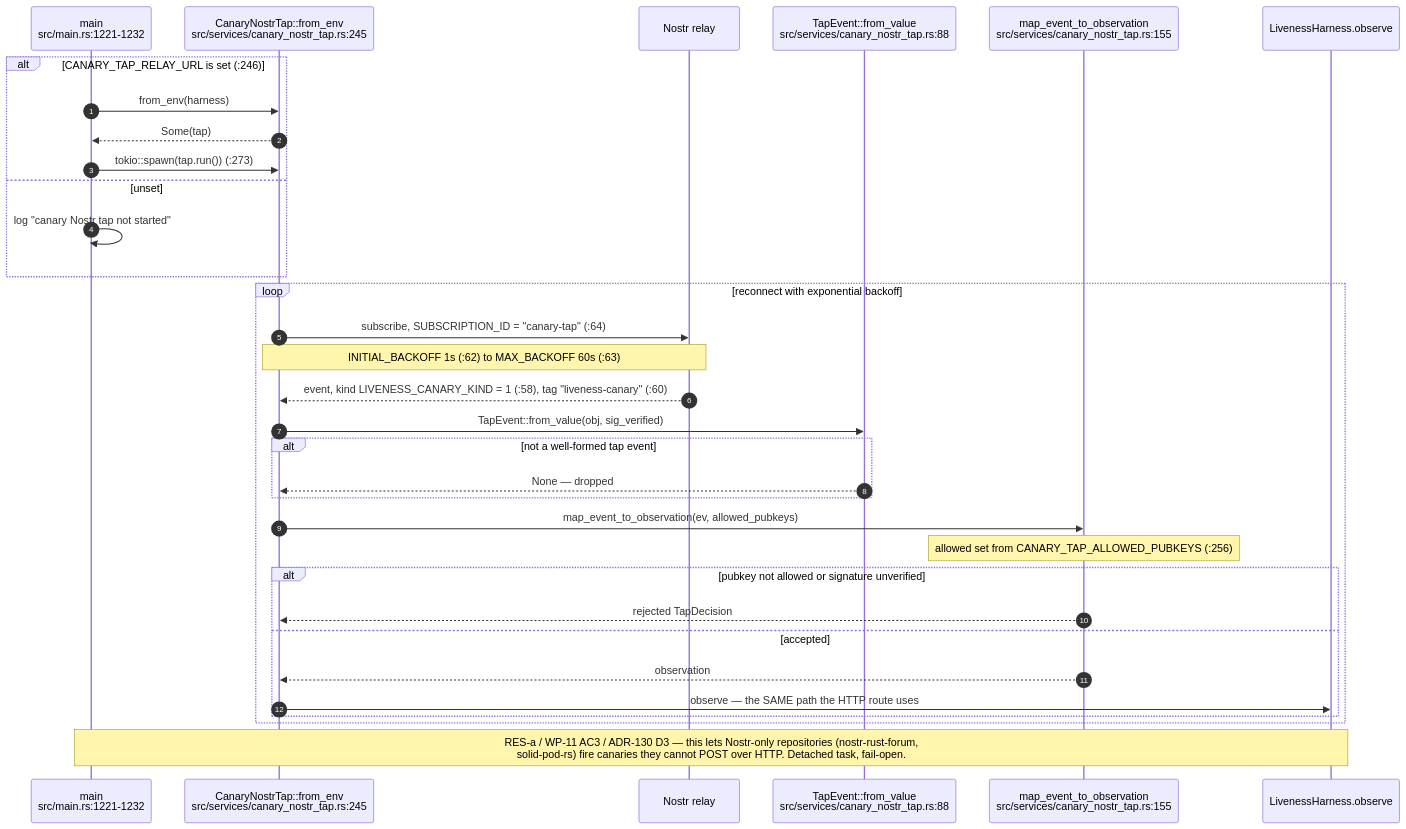
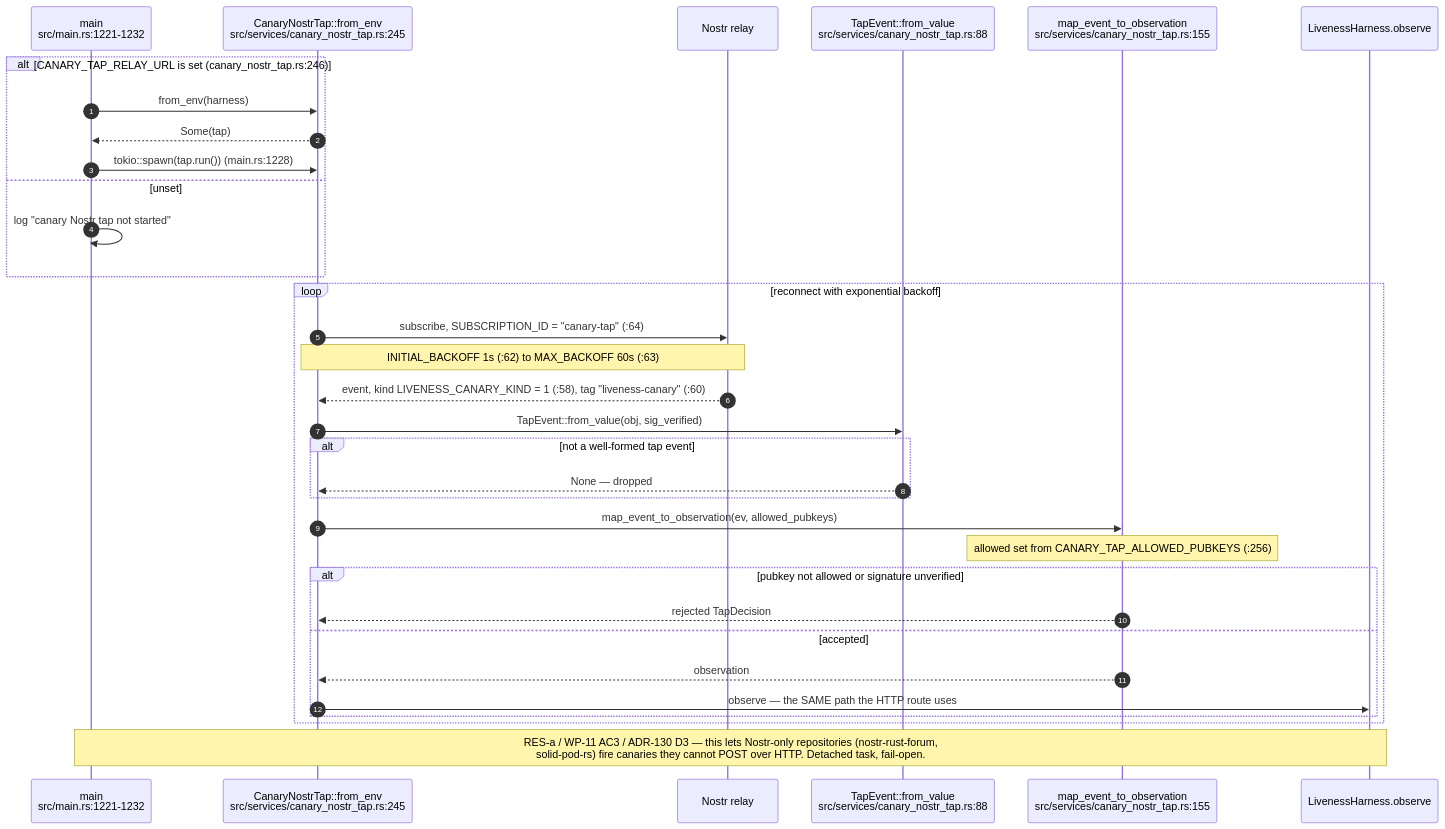
One commit to DreamLab-AI/VisionFlow changed the fifth of 12 diagrams in docs/diagrams/visionclaw/08-observability-health-and-dev-loop.md. Above: the diagram before and after it, drawn with Mermaid. The commit also changed other lines of this file and 52 other files, not shown here.

First line of the commit message:
docs(diagrams): wave 3 checkpoint — bare line refs resolved, revision-pinned cite-check, VC-05/AB-01..13 re-attested

````diff
--- a/docs/diagrams/visionclaw/08-observability-health-and-dev-loop.md
+++ b/docs/diagrams/visionclaw/08-observability-health-and-dev-loop.md
@@ -149,36 +149,36 @@
 ```mermaid
 sequenceDiagram
     autonumber
     participant M as main<br/>src/main.rs:1221-1232
     participant T as CanaryNostrTap::from_env<br/>src/services/canary_nostr_tap.rs:245
     participant R as Nostr relay
     participant E as TapEvent::from_value<br/>src/services/canary_nostr_tap.rs:88
     participant D as map_event_to_observation<br/>src/services/canary_nostr_tap.rs:155
     participant LH as LivenessHarness.observe
 
-    alt CANARY_TAP_RELAY_URL is set (:246)
+    alt CANARY_TAP_RELAY_URL is set (canary_nostr_tap.rs:246)
         M->>T: from_env(harness)
         T-->>M: Some(tap)
-        M->>T: tokio::spawn(tap.run()) (:273)
+        M->>T: tokio::spawn(tap.run()) (main.rs:1228)
     else unset
         M->>M: log "canary Nostr tap not started"
     end
     loop reconnect with exponential backoff
         T->>R: subscribe, SUBSCRIPTION_ID = "canary-tap" (:64)
         Note over T,R: INITIAL_BACKOFF 1s (:62) to MAX_BACKOFF 60s (:63)
         R-->>T: event, kind LIVENESS_CANARY_KIND = 1 (:58), tag "liveness-canary" (:60)
         T->>E: TapEvent::from_value(obj, sig_verified)
         alt not a well-formed tap event
             E-->>T: None — dropped
         end
         T->>D: map_event_to_observation(ev, allowed_pubkeys)
         Note over D: allowed set from CANARY_TAP_ALLOWED_PUBKEYS (:256)
         alt pubkey not allowed or signature unverified
             D-->>T: rejected TapDecision
         else accepted
             D-->>T: observation
             T->>LH: observe — the SAME path the HTTP route uses
         end
     end
     Note over M,LH: RES-a / WP-11 AC3 / ADR-130 D3 — this lets Nostr-only repositories (nostr-rust-forum,<br/>solid-pod-rs) fire canaries they cannot POST over HTTP. Detached task, fail-open.
 ```
````
